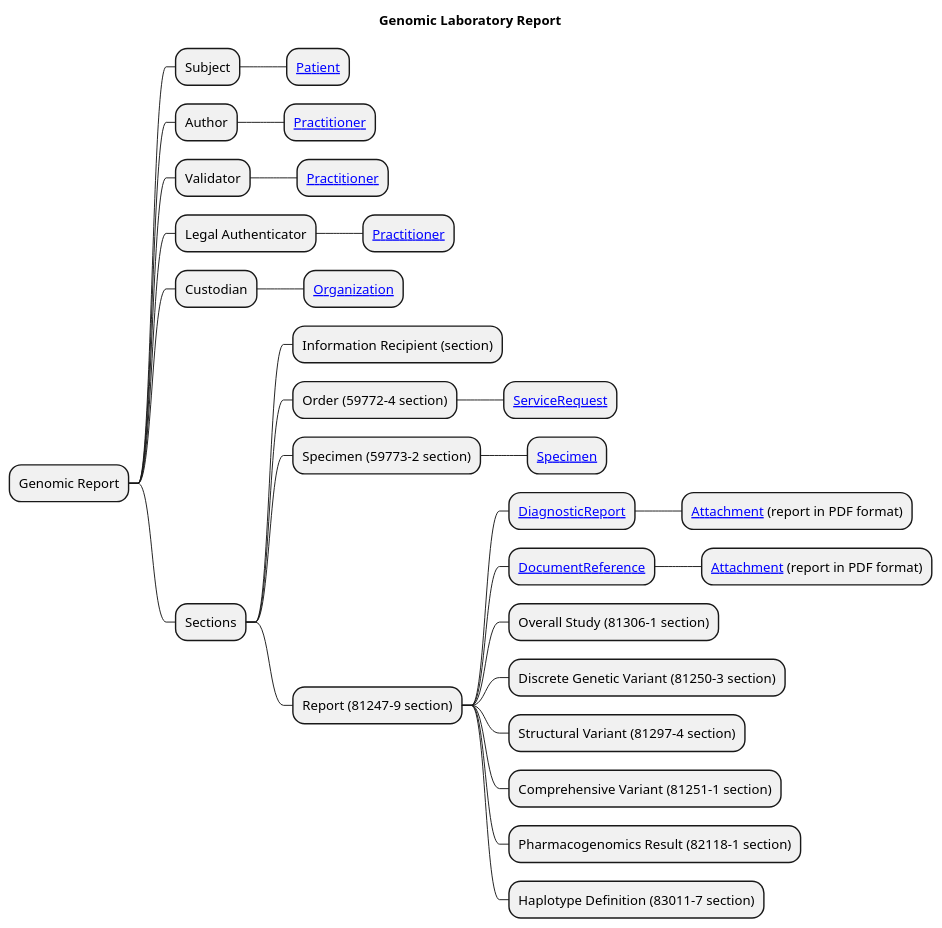
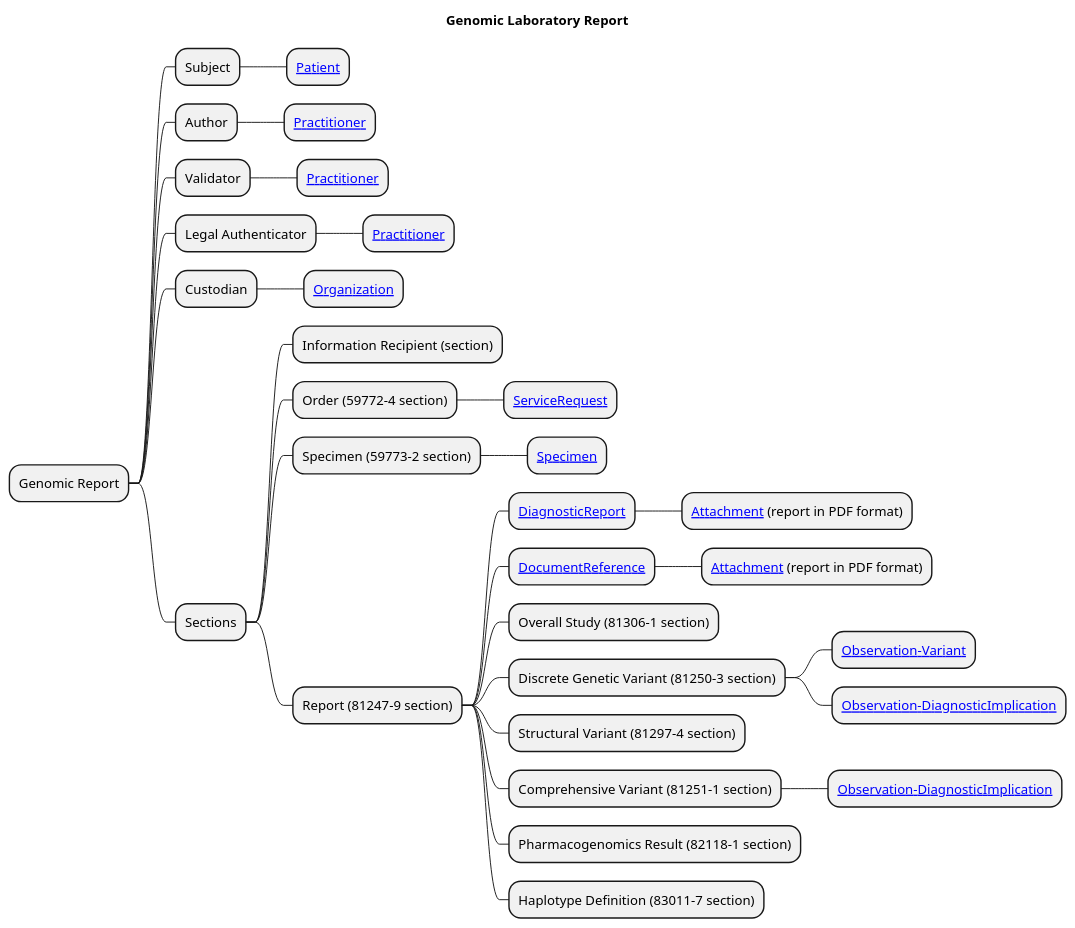
Before and after one commit to nw-gmsa/nw-gmsa.github.com: the diagram in input/images-source/LaboratoryReport-mindmap.plantuml, drawn with PlantUML.

Commit message:
Lab Report mindmap

```diff
--- a/input/images-source/LaboratoryReport-mindmap.plantuml
+++ b/input/images-source/LaboratoryReport-mindmap.plantuml
@@ -1,35 +1,38 @@
 @startmindmap
 
 title "Genomic Laboratory Report"
 
 * Genomic Report
 ** Subject
 *** [[StructureDefinition-Patient.html Patient]]
 ** Author
 *** [[StructureDefinition-Practitioner.html Practitioner]]
 ** Validator
 *** [[StructureDefinition-Practitioner.html Practitioner]]
 ** Legal Authenticator
 *** [[StructureDefinition-Practitioner.html Practitioner]]
 ** Custodian
 *** [[StructureDefinition-Organization.html Organization]]
 ** Sections
 *** Information Recipient (section)
 *** Order (59772-4 section)
 **** [[StructureDefinition-ServiceRequest.html ServiceRequest]]
 *** Specimen (59773-2 section)
 **** [[StructureDefinition-Specimen.html Specimen]]
 *** Report (81247-9 section)
 **** [[StructureDefinition-DiagnosticReport.html DiagnosticReport]]
 ***** [[StructureDefinition-NWAttachment.html Attachment]] (report in PDF format)
 **** [[StructureDefinition-DocumentReference.html DocumentReference]]
 ***** [[StructureDefinition-NWAttachment.html Attachment]] (report in PDF format)
 **** Overall Study (81306-1 section)
 **** Discrete Genetic Variant (81250-3 section)
+***** [[StructureDefinition-Observation-Variant.html Observation-Variant]]
+***** [[StructureDefinition-Observation-DiagnosticImplication.html Observation-DiagnosticImplication]]
 **** Structural Variant (81297-4 section)
 **** Comprehensive Variant (81251-1 section)
+***** [[StructureDefinition-Observation-DiagnosticImplication.html Observation-DiagnosticImplication]]
 **** Pharmacogenomics Result (82118-1 section)
 **** Haplotype Definition (83011-7 section)
 
 
 @endmindmap
```
